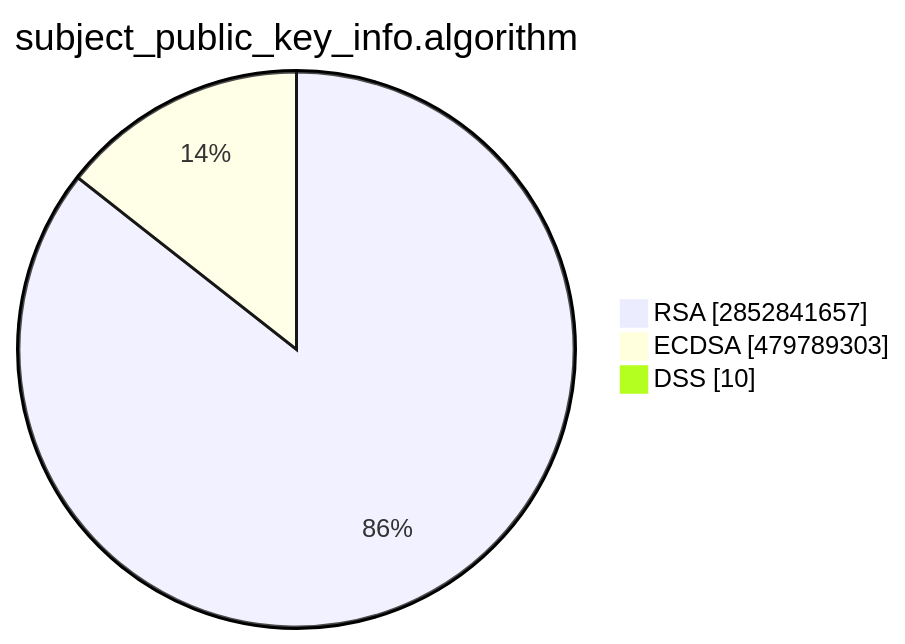
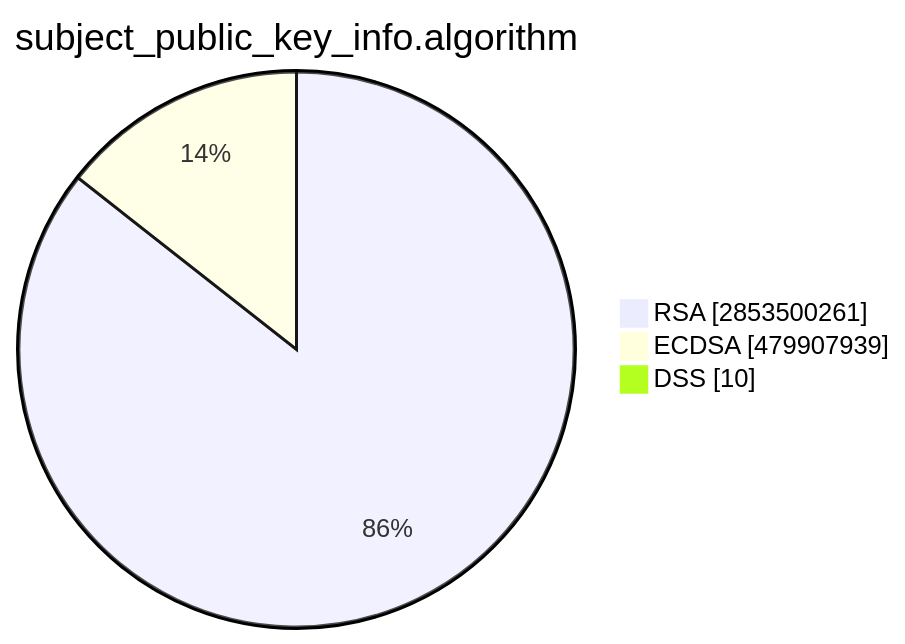
Before and after one commit to christiankrug/ctmonitor_visualization: the second of 15 diagrams in TOTAL/README.md, drawn with Mermaid. The commit also changed other lines of this file, not shown here.

````diff
--- a/TOTAL/README.md
+++ b/TOTAL/README.md
@@ -6,7 +6,7 @@
 ```mermaid
 pie showData
 title subject_public_key_info.algorithm
-"RSA" :2852841657
-"ECDSA" :479789303
+"RSA" :2853500261
+"ECDSA" :479907939
 "DSS" :10
 ```
````
